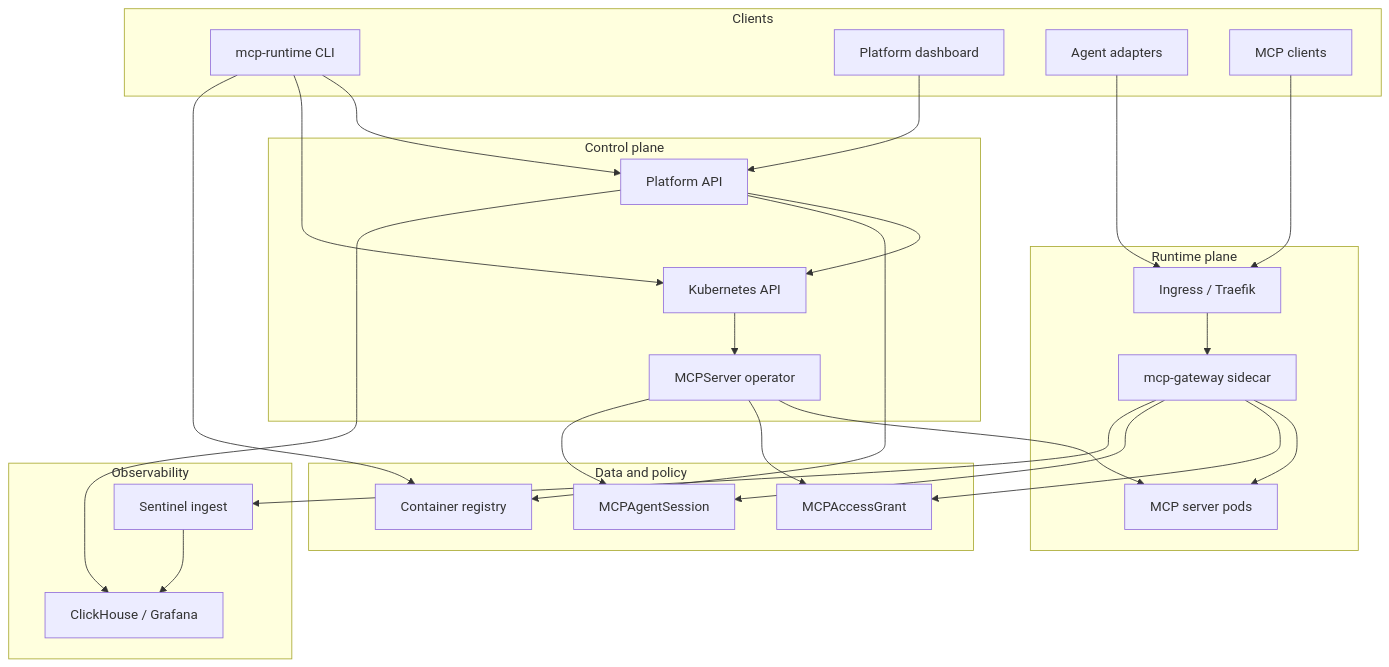
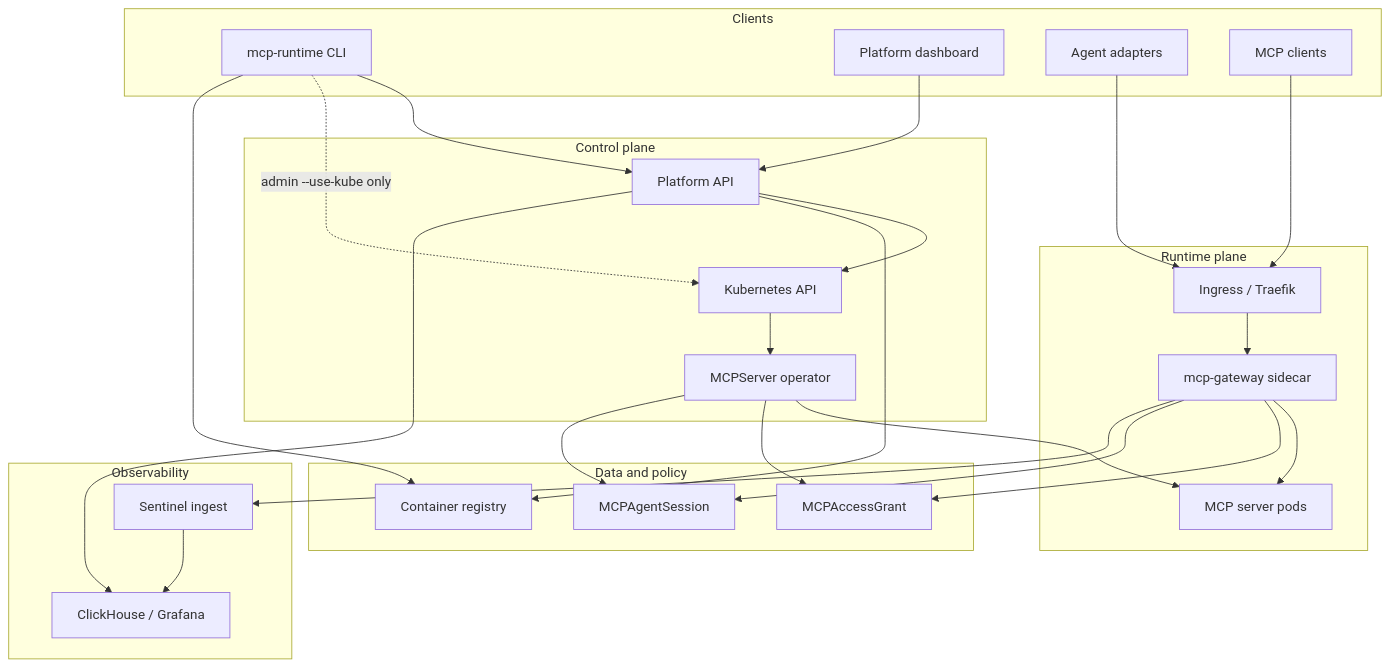
One commit to Agent-Hellboy/mcp-runtime changed the diagram in docs/architecture.md. Above: the diagram before and after it, drawn with Mermaid. The commit also changed other lines of this file and 8 other files, not shown here.

First line of the commit message:
doc: second-pass platform API vs admin --use-kube validation

````diff
--- a/docs/architecture.md
+++ b/docs/architecture.md
@@ -9,50 +9,50 @@
 ```mermaid
 flowchart TB
     subgraph clients [Clients]
         CLI[mcp-runtime CLI]
         UI[Platform dashboard]
         Agent[Agent adapters]
         MCP[MCP clients]
     end
 
     subgraph control [Control plane]
         API[Platform API]
         K8s[Kubernetes API]
         Op[MCPServer operator]
     end
 
     subgraph runtime [Runtime plane]
         Ing[Ingress / Traefik]
         GW[mcp-gateway sidecar]
         Srv[MCP server pods]
     end
 
     subgraph data [Data and policy]
         Grant[MCPAccessGrant]
         Session[MCPAgentSession]
         Reg[Container registry]
     end
 
     subgraph obs [Observability]
         Ingest[Sentinel ingest]
         CH[ClickHouse / Grafana]
     end
 
     CLI --> API
-    CLI --> K8s
+    CLI -. "admin --use-kube only" .-> K8s
     UI --> API
     Agent --> Ing
     MCP --> Ing
     API --> K8s
     K8s --> Op
     Op --> Srv
     Op --> Grant
     Op --> Session
     Ing --> GW --> Srv
     GW --> Grant
     GW --> Session
     CLI --> Reg
     API --> Reg
     GW --> Ingest --> CH
     API --> CH
 ```
````
